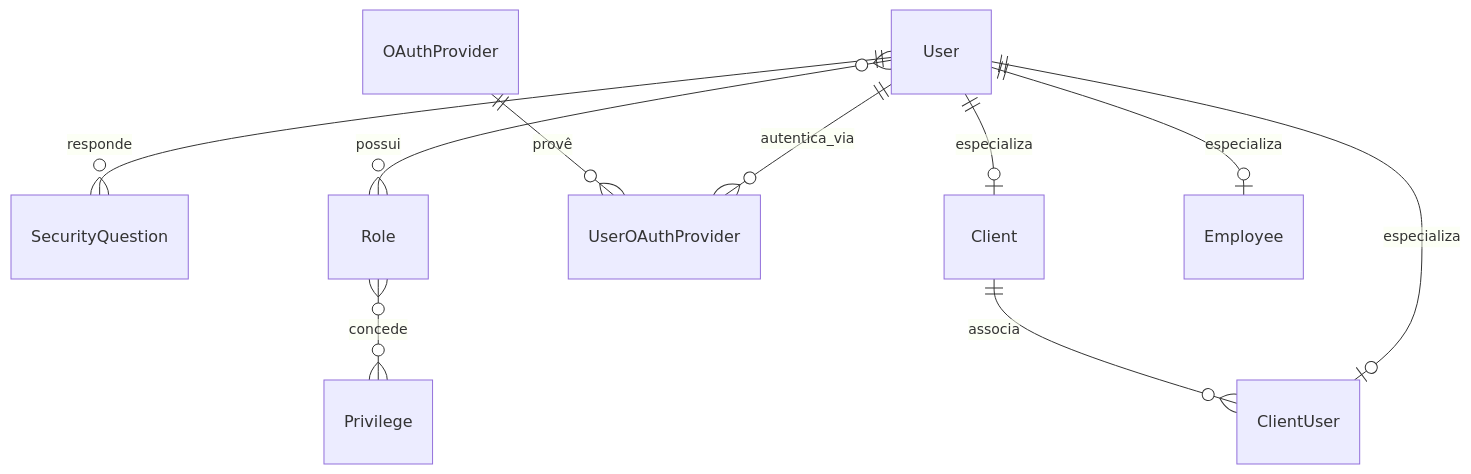
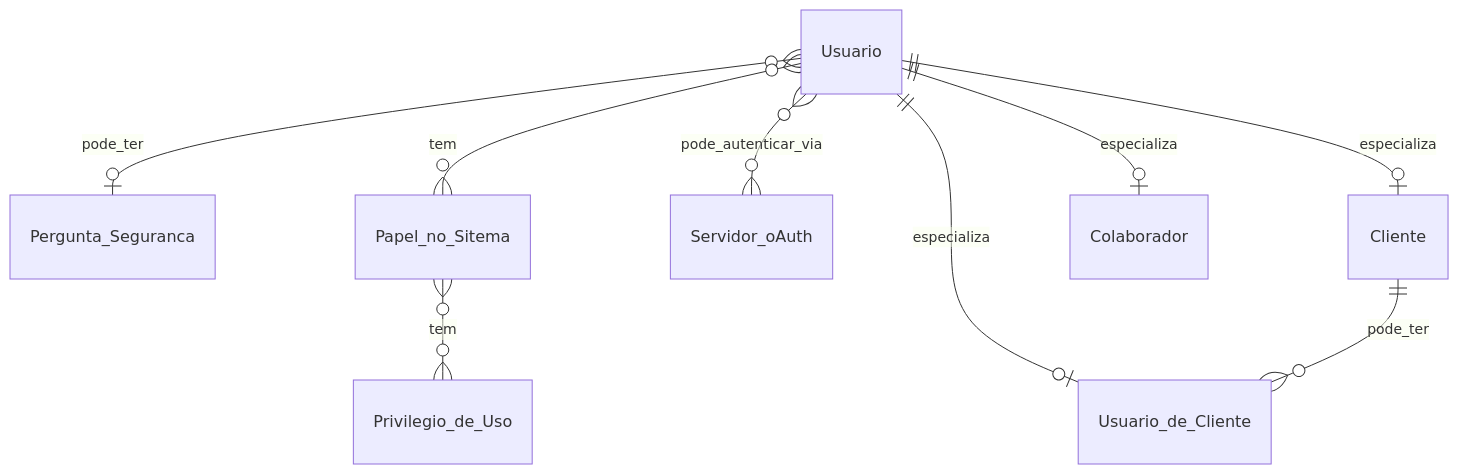
Before and after one commit to brisahelpdesk/mkdocs: the first of 5 diagrams in docs/planning/database/relational-model.md, drawn with Mermaid. The commit also changed other lines of this file and 2 other files, not shown here.

````diff
--- a/docs/planning/database/relational-model.md
+++ b/docs/planning/database/relational-model.md
@@ -29,12 +31,11 @@
 ```mermaid
 erDiagram
-    User ||--o{ SecurityQuestion : responde
-    User }o--o{ Role : possui
-    Role }o--o{ Privilege : concede
-    User ||--o{ UserOAuthProvider : autentica_via
-    OAuthProvider ||--o{ UserOAuthProvider : provê
-    User ||--o| Client : especializa
-    User ||--o| ClientUser : especializa
-    User ||--o| Employee : especializa
-    Client ||--o{ ClientUser : associa
+    Usuario }o--o| Pergunta_Seguranca : pode_ter
+    Usuario }o--o{ Papel_no_Sitema : tem
+    Papel_no_Sitema }o--o{ Privilegio_de_Uso : tem
+    Usuario }o--o{ Servidor_oAuth : pode_autenticar_via
+    Usuario ||--o| Cliente : especializa
+    Usuario ||--o| Usuario_de_Cliente : especializa
+    Usuario ||--o| Colaborador : especializa
+    Cliente ||--o{ Usuario_de_Cliente : pode_ter
 ```
````
